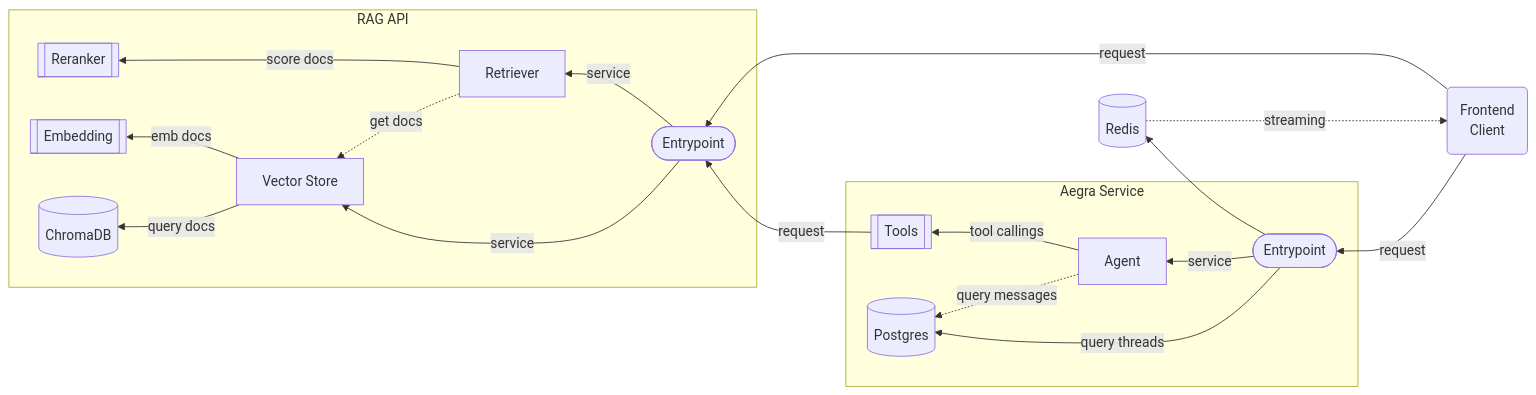
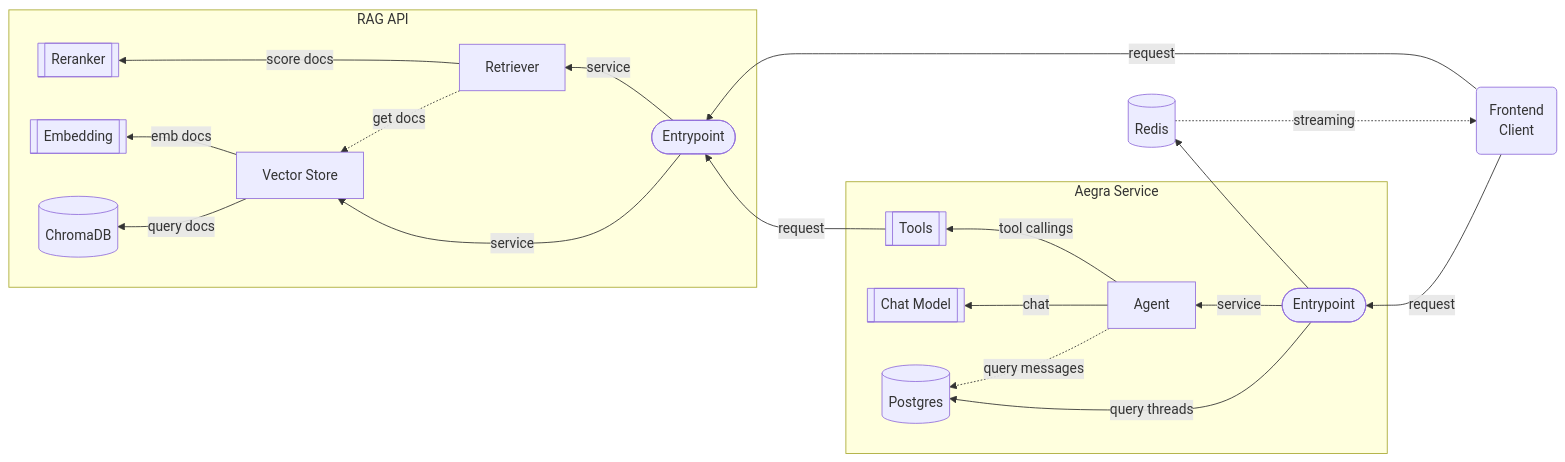
One commit to alexisuaguilaru/RAG-Agent changed the diagram in README.md. Above: the diagram before and after it, drawn with Mermaid. The commit also changed other lines of this file, not shown here.

````diff
--- a/README.md
+++ b/README.md
@@ -7,40 +5,42 @@
 ```mermaid
 flowchart RL
     frontend("`Frontend
     Client`")
     redis_db[(Redis)]
 
     subgraph "RAG API"
         rag_api([Entrypoint])
         langchain_retriever[Retriever]
         langchain_vector_store[Vector Store]
         service_reranker[[Reranker]]
         service_embedding[[Embedding]]
 
         rag_api -- service --> langchain_retriever & langchain_vector_store
         langchain_retriever -. get docs .-> langchain_vector_store
         langchain_vector_store -- emb docs --> service_embedding
         langchain_vector_store -- query docs --> vector_db 
         langchain_retriever -- score docs ---> service_reranker
     end 
 
     vector_db[(ChromaDB)]
 
     subgraph "Aegra Service"
        aegra_api([Entrypoint])
        langchain_agent[Agent]
        agent_tools[[Tools]]
+       chat_model[[Chat Model]]
 
        aegra_api -- service --> langchain_agent
        aegra_api -- query threads --> sql_db
        langchain_agent -. query messages .-> sql_db
        langchain_agent -- tool callings --> agent_tools
+       langchain_agent -- chat --> chat_model
 
        agent_tools -- request --> rag_api
     end
 
     frontend -- request --> aegra_api --> redis_db -. streaming .-> frontend
     frontend -- request --> rag_api
 
     sql_db[(Postgres)]
 ```
````
